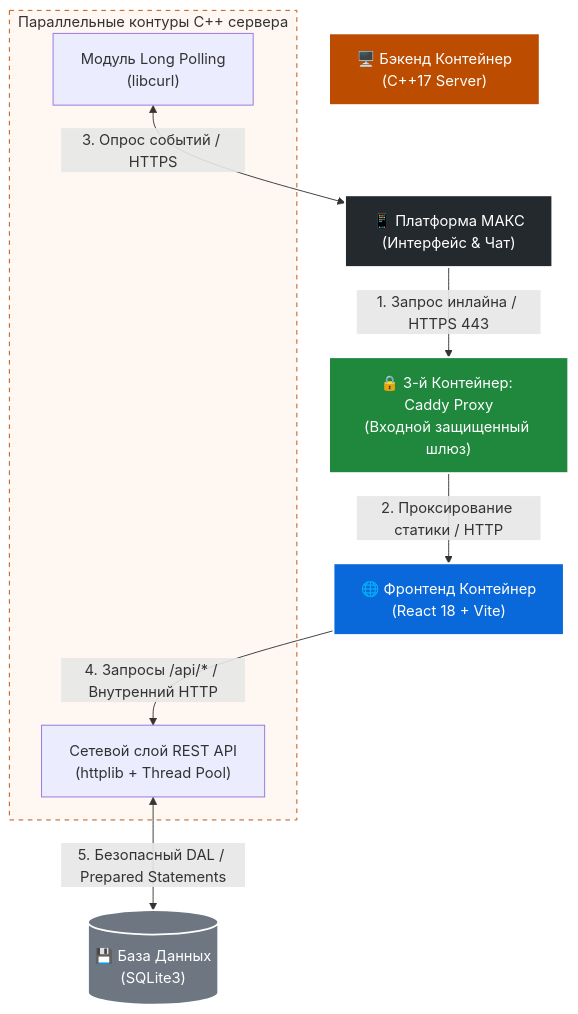
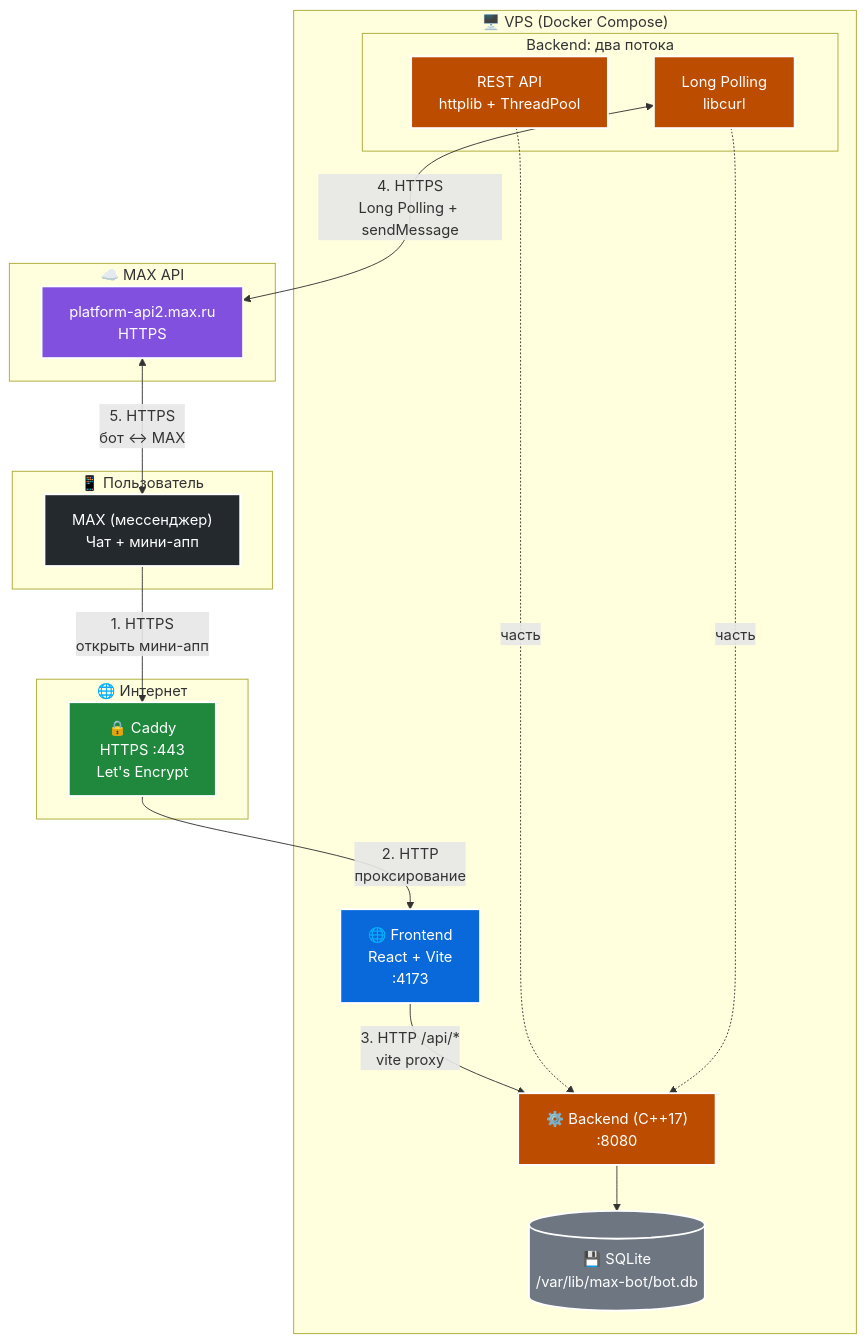
The diagram in README.md (Hackathon-team-max/Hackaton-project-bot), drawn with Mermaid before and after one commit. The commit also changed other lines of this file, not shown here.

````diff
--- a/README.md
+++ b/README.md
@@ -27,33 +31,48 @@
 ```mermaid
-graph TD
-    %% Определение узлов
-    MAX["📱 Платформа МАКС<br>(Интерфейс & Чат)"]
-    CADDY["🔒 3-й Контейнер: Caddy Proxy<br>(Входной защищенный шлюз)"]
-    FRONT["🌐 Фронтенд Контейнер<br>(React 18 + Vite)"]
-    BACK["🖥️ Бэкенд Контейнер<br>(C++17 Server)"]
-    DB[("💾 База Данных<br>(SQLite3)")]
-
-    %% Внутренние подсистемы бэкенда
-    subgraph Бэкенд-архитектура [Параллельные контуры C++ сервера]
-        REST["Сетевой слой REST API<br>(httplib + Thread Pool)"]
-        LP["Модуль Long Polling<br>(libcurl)"]
+graph TB
+    subgraph USER["📱 Пользователь"]
+        MAX["MAX (мессенджер)<br/>Чат + мини-апп"]
     end
 
-    %% Взаимосвязи и протоколы
-    MAX -->|1. Запрос инлайна / HTTPS 443| CADDY
-    LP <-->|3. Опрос событий / HTTPS| MAX
-    
-    CADDY -->|2. Проксирование статики / HTTP| FRONT
-    
-    FRONT -->|4. Запросы /api/* / Внутренний HTTP| REST
-    
-    REST <-->|5. Безопасный DAL / Prepared Statements| DB
+    subgraph INTERNET["🌐 Интернет"]
+        CADDY["🔒 Caddy<br/>HTTPS :443<br/>Let's Encrypt"]
+    end
 
-    %% Стилизация элементов для GitHub
-    style MAX fill:#24292e,stroke:#fff,stroke-width:2px,color:#fff
-    style CADDY fill:#1f883d,stroke:#fff,stroke-width:2px,color:#fff
-    style FRONT fill:#0969da,stroke:#fff,stroke-width:2px,color:#fff
-    style BACK fill:#bc4c00,stroke:#fff,stroke-width:2px,color:#fff
-    style DB fill:#6e7781,stroke:#fff,stroke-width:2px,color:#fff
-    style Бэкенд-архитектура fill:#fff8f2,stroke:#bc4c00,stroke-dasharray: 5 5
+    subgraph VPS["🖥️ VPS (Docker Compose)"]
+        FRONT["🌐 Frontend<br/>React + Vite<br/>:4173"]
+        BACK["⚙️ Backend (C++17)<br/>:8080"]
+        DB[("💾 SQLite<br/>/var/lib/max-bot/bot.db")]
+
+        subgraph BACK_INNER["Backend: два потока"]
+            REST["REST API<br/>httplib + ThreadPool"]
+            LP["Long Polling<br/>libcurl"]
+        end
+    end
+
+    subgraph MAX_API["☁️ MAX API"]
+        API["platform-api2.max.ru<br/>HTTPS"]
+    end
+
+    MAX -->|"1. HTTPS<br/>открыть мини-апп"| CADDY
+    CADDY -->|"2. HTTP<br/>проксирование"| FRONT
+    FRONT -->|"3. HTTP /api/*<br/>vite proxy"| BACK
+    BACK --> DB
+    REST -.->|часть| BACK
+    LP -.->|часть| BACK
+    LP <-->|"4. HTTPS<br/>Long Polling + sendMessage"| API
+    API <-->|"5. HTTPS<br/>бот ↔ MAX"| MAX
+
+    classDef user fill:#24292e,stroke:#fff,stroke-width:2px,color:#fff
+    classDef caddy fill:#1f883d,stroke:#fff,stroke-width:2px,color:#fff
+    classDef front fill:#0969da,stroke:#fff,stroke-width:2px,color:#fff
+    classDef back fill:#bc4c00,stroke:#fff,stroke-width:2px,color:#fff
+    classDef db fill:#6e7781,stroke:#fff,stroke-width:2px,color:#fff
+    classDef api fill:#8250df,stroke:#fff,stroke-width:2px,color:#fff
+
+    class MAX user
+    class CADDY caddy
+    class FRONT front
+    class BACK,REST,LP back
+    class DB db
+    class API api
 ```
````
